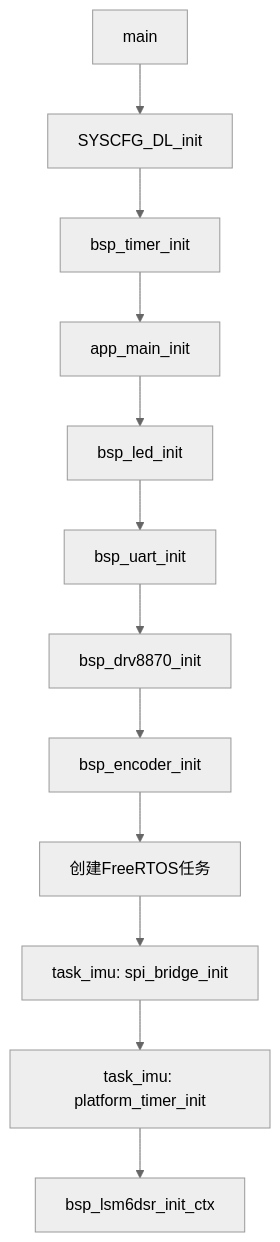
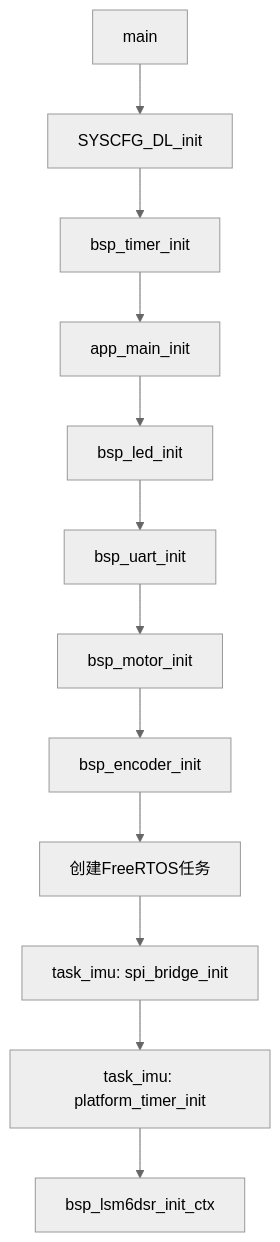
One commit to Nanami7-7/AxiomTrace changed the diagram in MSPM0G3507_FreeRTOS/Docs/外设分类开发参考手册.md. Above: the diagram before and after it, drawn with Mermaid (neutral theme). The commit also changed other lines of this file and 19 other files, not shown here.

Commit message:
refactor(motor): add DRV8870 and TB6612 backends

````diff
--- a/MSPM0G3507_FreeRTOS/Docs/外设分类开发参考手册.md
+++ b/MSPM0G3507_FreeRTOS/Docs/外设分类开发参考手册.md
@@ -49,14 +49,14 @@
 ```mermaid
 flowchart TD
     A[main] --> B[SYSCFG_DL_init]
     B --> C[bsp_timer_init]
     C --> D[app_main_init]
     D --> E[bsp_led_init]
     E --> F[bsp_uart_init]
-    F --> G[bsp_drv8870_init]
+    F --> G[bsp_motor_init]
     G --> H[bsp_encoder_init]
     H --> I[创建FreeRTOS任务]
     I --> J[task_imu: spi_bridge_init]
     J --> K[task_imu: platform_timer_init]
     K --> L[bsp_lsm6dsr_init_ctx]
 ```
````
